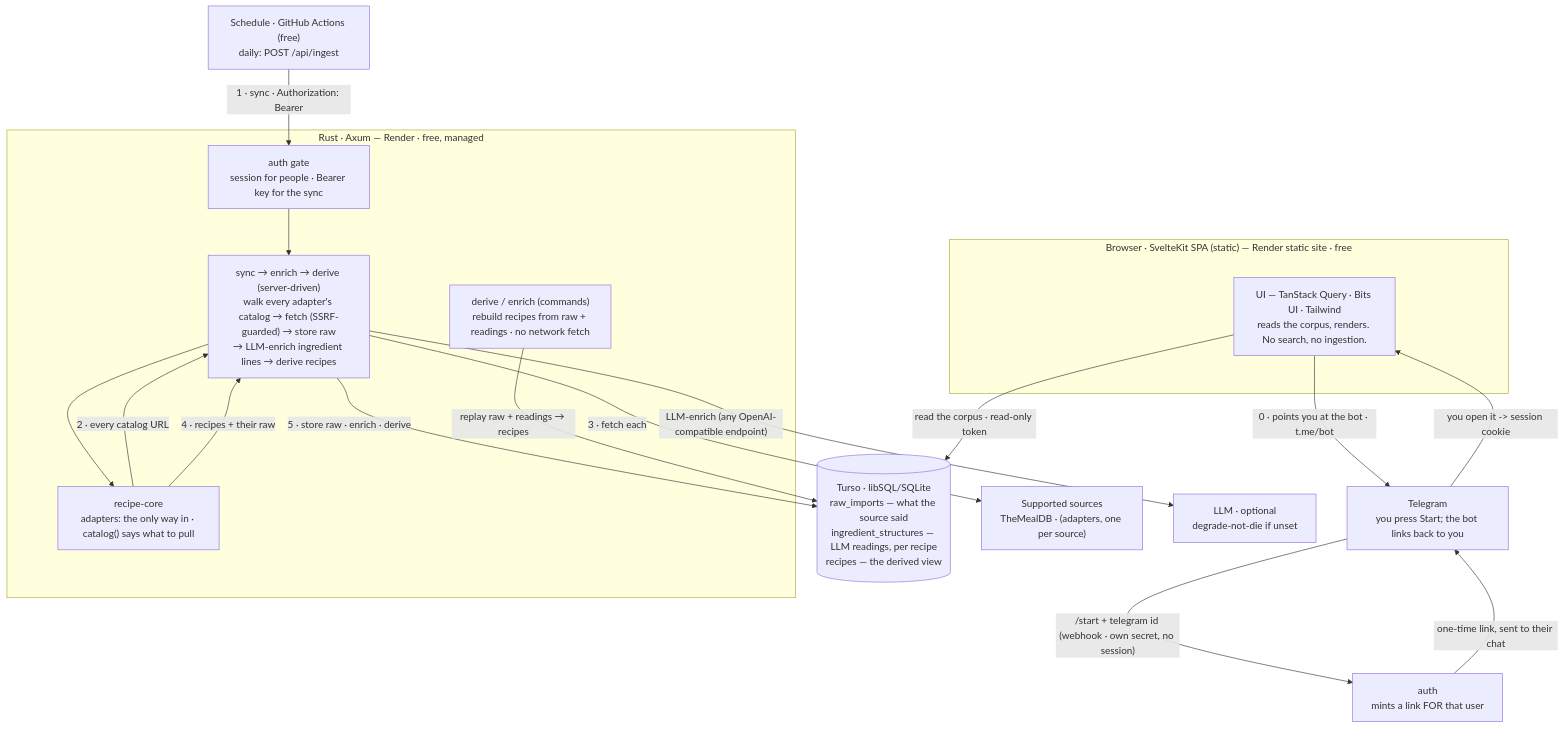
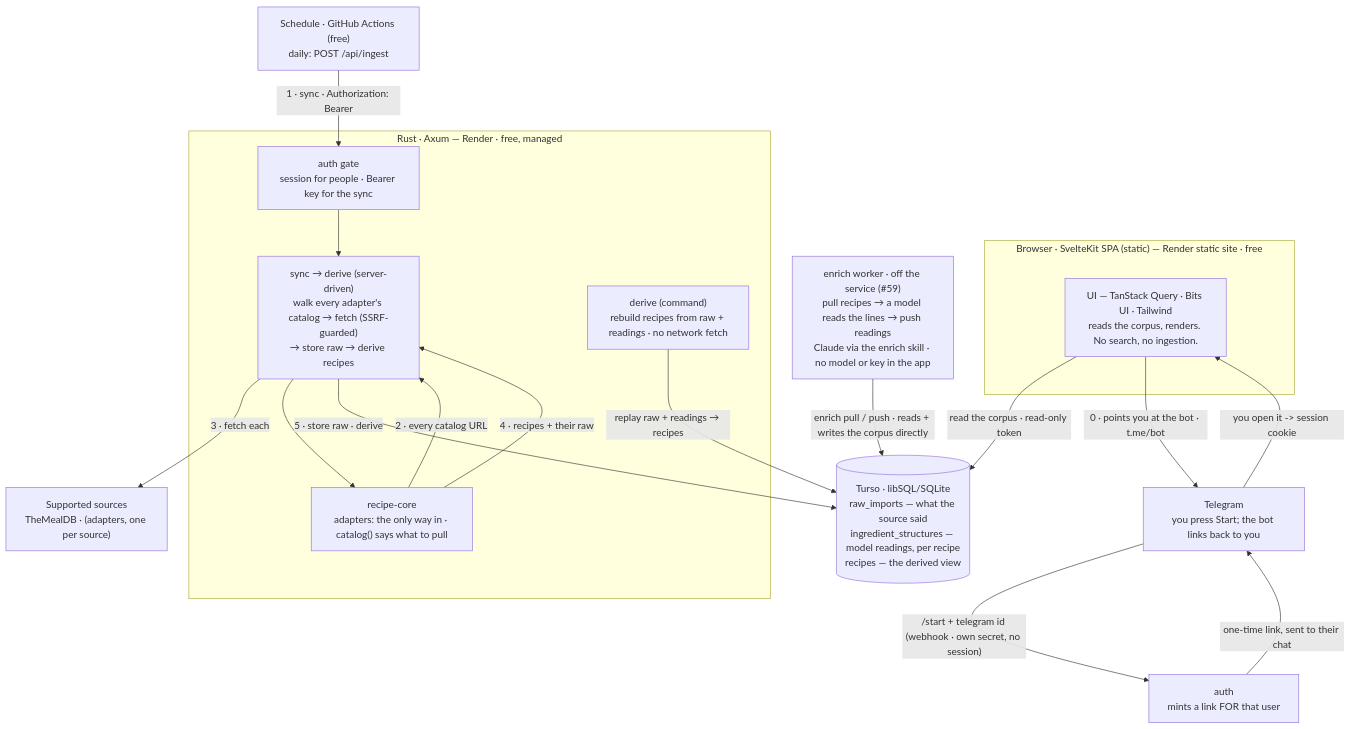
The diagram in README.md (thedavidmeister/recipes), drawn with Mermaid before and after one commit. The commit also changed other lines of this file and 9 other files, not shown here.

````diff
--- a/README.md
+++ b/README.md
@@ -10,35 +10,37 @@
 ```mermaid
 flowchart TD
     subgraph browser["Browser · SvelteKit SPA (static) — Render static site · free"]
         ui["UI — TanStack Query · Bits UI · Tailwind<br/>reads the corpus, renders. No search, no ingestion."]
     end
 
     cron["Schedule · GitHub Actions (free)<br/>daily: POST /api/ingest"]
 
     subgraph render["Rust · Axum — Render · free, managed"]
         gate["auth gate<br/>session for people · Bearer key for the sync"]
-        ingest["sync → enrich → derive (server-driven)<br/>walk every adapter's catalog → fetch (SSRF-guarded) → store raw<br/>→ LLM-enrich ingredient lines → derive recipes"]
+        ingest["sync → derive (server-driven)<br/>walk every adapter's catalog → fetch (SSRF-guarded)<br/>→ store raw → derive recipes"]
         core["recipe-core<br/>adapters: the only way in · catalog() says what to pull"]
-        derivecmd["derive / enrich (commands)<br/>rebuild recipes from raw + readings · no network fetch"]
+        derivecmd["derive (command)<br/>rebuild recipes from raw + readings · no network fetch"]
     end
+
+    worker["enrich worker · off the service (#59)<br/>pull recipes → a model reads the lines → push readings<br/>Claude via the enrich skill · no model or key in the app"]
 
     tg["Telegram<br/>you press Start; the bot links back to you"]
 
-    turso[("Turso · libSQL/SQLite<br/>raw_imports — what the source said<br/>ingredient_structures — LLM readings, per recipe<br/>recipes — the derived view")]
+    turso[("Turso · libSQL/SQLite<br/>raw_imports — what the source said<br/>ingredient_structures — model readings, per recipe<br/>recipes — the derived view")]
     ext["Supported sources<br/>TheMealDB · (adapters, one per source)"]
 
     ui -->|"read the corpus · read-only token"| turso
     ui -->|"0 · points you at the bot · t.me/bot"| tg
     tg -->|"/start + telegram id (webhook · own secret, no session)"| wh["auth<br/>mints a link FOR that user"]
     wh -->|"one-time link, sent to their chat"| tg
     tg -->|"you open it -> session cookie"| ui
     cron -->|"1 · sync · Authorization: Bearer"| gate
     gate --> ingest
     core -->|"2 · every catalog URL"| ingest
     ingest -->|"3 · fetch each"| ext
     ingest --> core
     core -->|"4 · recipes + their raw"| ingest
-    ingest -->|"5 · store raw · enrich · derive"| turso
-    ingest -->|"LLM-enrich (any OpenAI-compatible endpoint)"| llm["LLM · optional<br/>degrade-not-die if unset"]
+    ingest -->|"5 · store raw · derive"| turso
+    worker -->|"enrich pull / push · reads + writes the corpus directly"| turso
     derivecmd -->|"replay raw + readings → recipes"| turso
 ```
````
